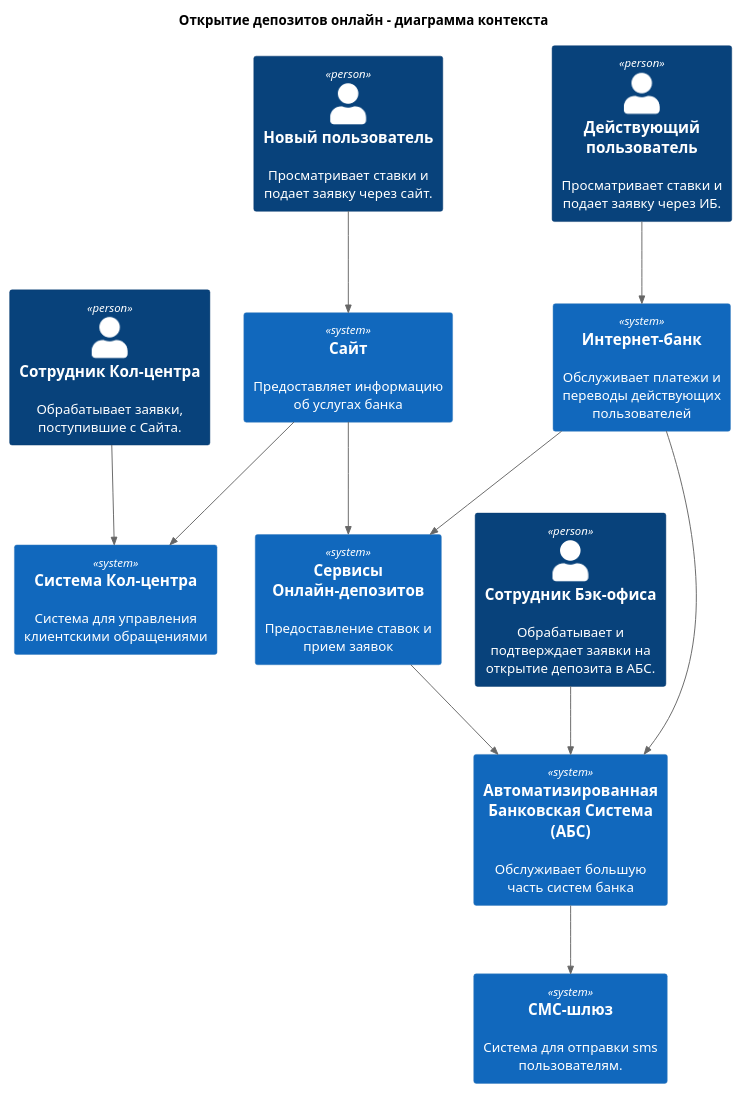
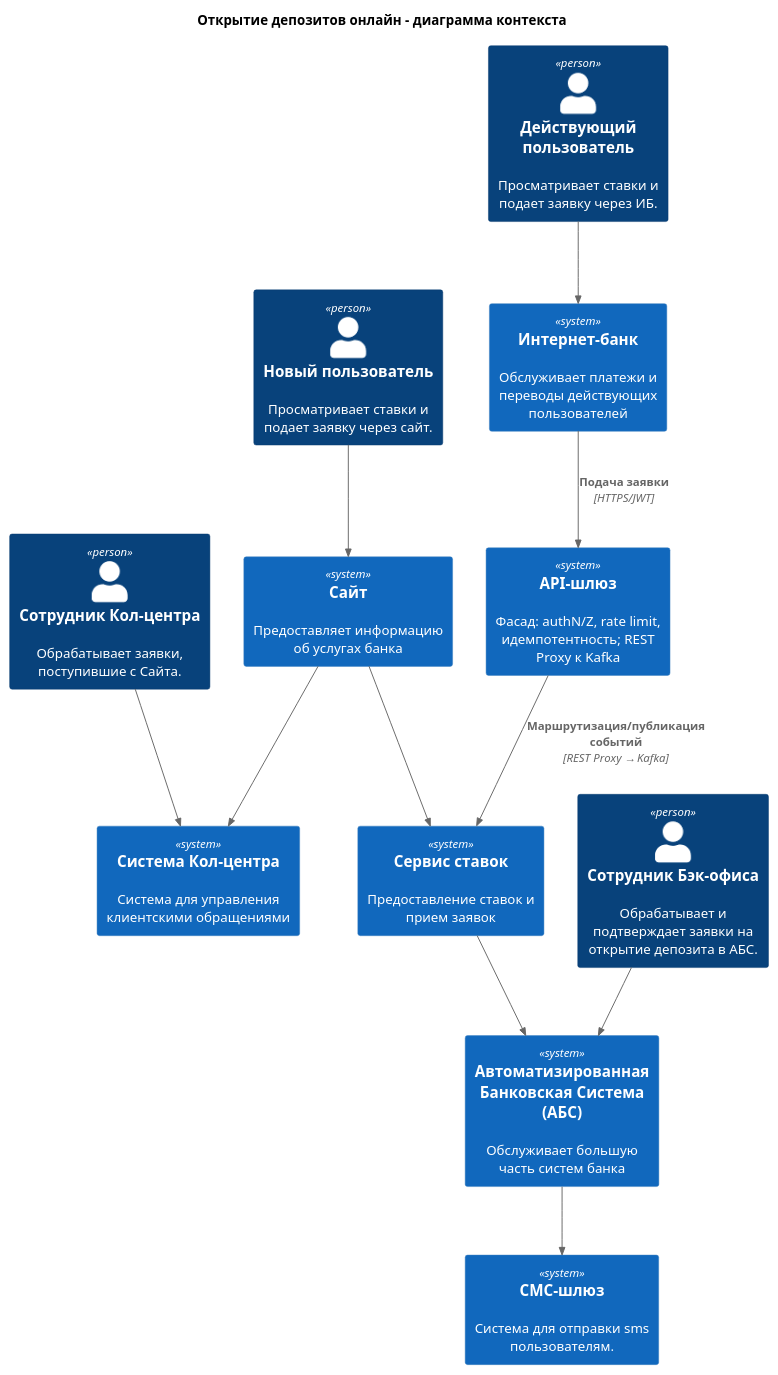
The diagram in task3/Context.puml (dmitryVargin/acrhitecture-pro-stakeholders), drawn with PlantUML before and after one commit. The commit also changed 2 other files, not shown here.

```diff
--- a/task3/Context.puml
+++ b/task3/Context.puml
@@ -2,37 +2,37 @@
 @startuml Context
 !include https://raw.githubusercontent.com/plantuml-stdlib/C4-PlantUML/master/C4_Context.puml
-
 
 
 title Открытие депозитов онлайн - диаграмма контекста
 
 Person(new_user, "Новый пользователь", "Просматривает ставки и подает заявку через сайт.")
 Person(existing_user, "Действующий пользователь", "Просматривает ставки и подает заявку через ИБ.")
 Person(cc_manager, "Сотрудник Кол-центра", "Обрабатывает заявки, поступившие с Сайта.")
 Person(bo_manager, "Сотрудник Бэк-офиса", "Обрабатывает и подтверждает заявки на открытие депозита в АБС.")
 
 
 System(abs, "Автоматизированная Банковская Система (АБС)", "Обслуживает большую часть систем банка")
 System(scc, "Система Кол-центра", "Система для управления клиентскими обращениями")
 System(sms_gateway, "СМС-шлюз", "Система для отправки sms пользователям.")
 System(website, "Сайт", "Предоставляет информацию об услугах банка")
 System(ib, "Интернет-банк", "Обслуживает платежи и переводы действующих пользователей")
-System(deposit_service, "Сервисы Онлайн-депозитов", "Предоставление ставок и прием заявок ")
+System(deposit_service, "Сервис ставок", "Предоставление ставок и прием заявок ")
+System(api_gateway, "API‑шлюз", "Фасад: authN/Z, rate limit, идемпотентность; REST Proxy к Kafka")
 
 
-Rel(new_user, website,)
+Rel(new_user, website, )
 Rel(existing_user, ib, )
 
 Rel(website, deposit_service, )
-Rel(ib, deposit_service, )
+Rel(ib, api_gateway, "Подача заявки", "HTTPS/JWT")
+Rel(api_gateway, deposit_service, "Маршрутизация/публикация событий", "REST Proxy → Kafka")
 
-Rel(deposit_service, abs,)
-Rel(abs, sms_gateway,)
+Rel(deposit_service, abs, )
+Rel(abs, sms_gateway, )
 
 Rel(website, scc, )
-Rel(ib, abs, )
 
-Rel(bo_manager, abs,)
-Rel(cc_manager, scc,)
+Rel(bo_manager, abs, )
+Rel(cc_manager, scc, )
 
 @enduml
```
